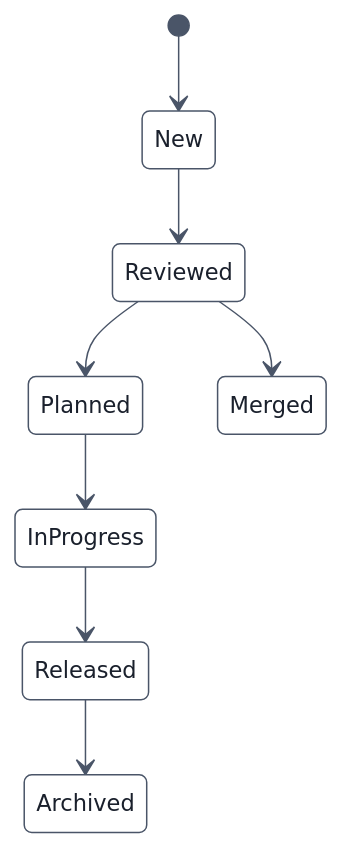
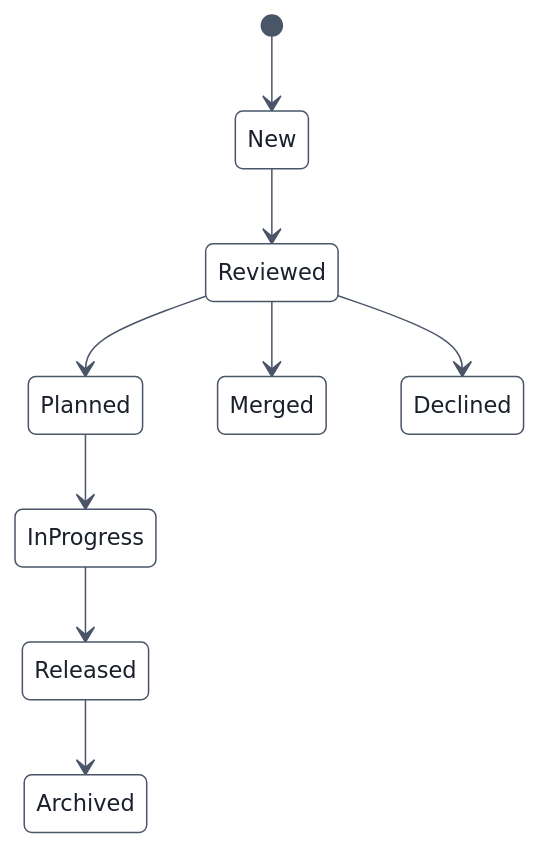
One commit to sonbui31/BA-studies changed the third of 3 diagrams in BA-agent/BA-Documents-Product/05-SRS-Lite.md. Above: the diagram before and after it, drawn with Mermaid. The commit also changed other lines of this file and 102 other files, not shown here.

````diff
--- a/BA-agent/BA-Documents-Product/05-SRS-Lite.md
+++ b/BA-agent/BA-Documents-Product/05-SRS-Lite.md
@@ -118,11 +118,12 @@
 ```mermaid
 %%{init: {"theme": "base", "fontFamily": "Arial, Helvetica, sans-serif", "themeVariables": {"fontSize": "15px", "primaryColor": "#FFFFFF", "primaryBorderColor": "#4A5568", "primaryTextColor": "#1A202C", "lineColor": "#4A5568", "secondaryColor": "#F7FAFC", "tertiaryColor": "#F7FAFC", "clusterBkg": "#F7FAFC", "clusterBorder": "#A0AEC0", "edgeLabelBackground": "#FFFFFF", "actorBkg": "#EBF8FF", "actorBorder": "#2B6CB0", "noteBkgColor": "#FFF8E1", "noteBorderColor": "#B7791F"}}}%%
 stateDiagram-v2
     [*] --> New
     New --> Reviewed
     Reviewed --> Planned
     Planned --> InProgress
     InProgress --> Released
     Reviewed --> Merged
+    Reviewed --> Declined
     Released --> Archived
 ```
````
